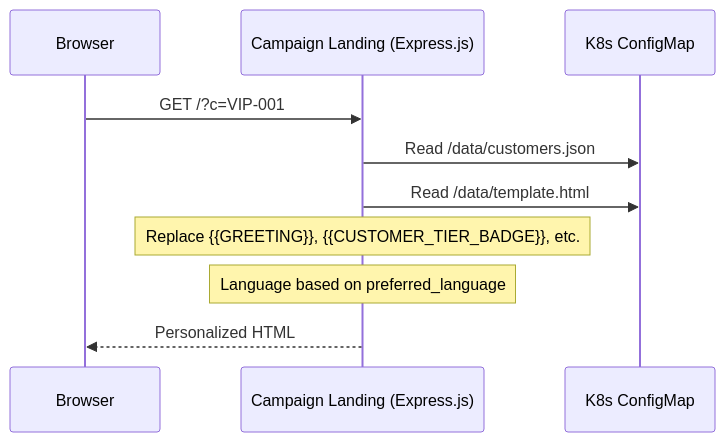
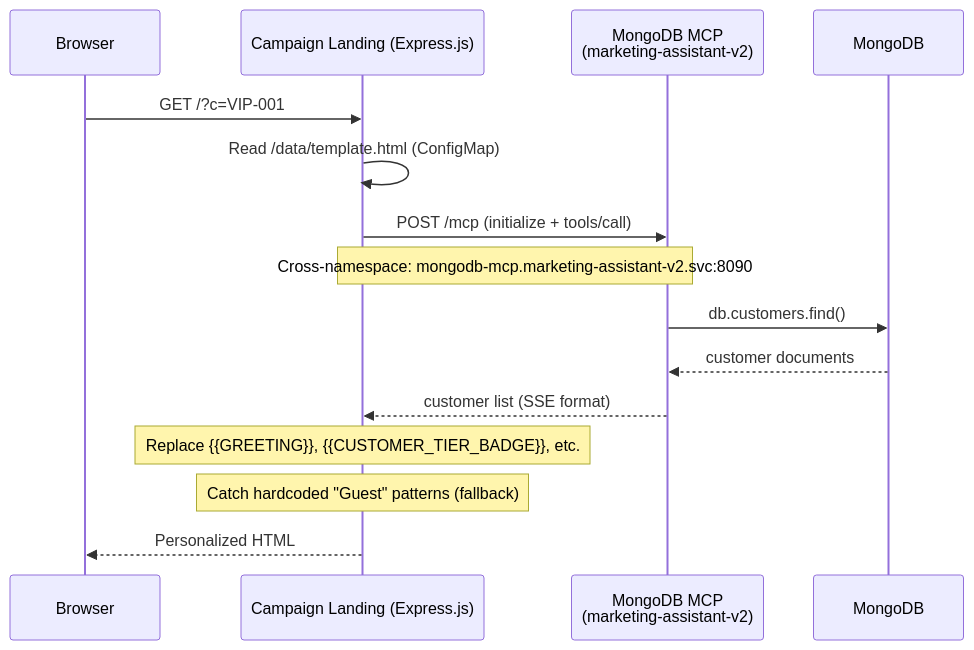
Before and after one commit to gymnatics/Marketing-Assistant-Demo: diagram 17 of 18 in ARCHITECTURE.md, drawn with Mermaid. The commit also changed other lines of this file and 5 other files, not shown here.

````diff
--- a/ARCHITECTURE.md
+++ b/ARCHITECTURE.md
@@ -687,13 +687,18 @@
 ```mermaid
 sequenceDiagram
     participant Browser
     participant ExpressJS as Campaign Landing (Express.js)
-    participant ConfigMap as K8s ConfigMap
+    participant MCP as MongoDB MCP<br/>(marketing-assistant-v2)
+    participant DB as MongoDB
 
     Browser->>ExpressJS: GET /?c=VIP-001
-    ExpressJS->>ConfigMap: Read /data/customers.json
-    ExpressJS->>ConfigMap: Read /data/template.html
+    ExpressJS->>ExpressJS: Read /data/template.html (ConfigMap)
+    ExpressJS->>MCP: POST /mcp (initialize + tools/call)
+    Note over ExpressJS,MCP: Cross-namespace: mongodb-mcp.marketing-assistant-v2.svc:8090
+    MCP->>DB: db.customers.find()
+    DB-->>MCP: customer documents
+    MCP-->>ExpressJS: customer list (SSE format)
     Note over ExpressJS: Replace {{GREETING}}, {{CUSTOMER_TIER_BADGE}}, etc.
-    Note over ExpressJS: Language based on preferred_language
+    Note over ExpressJS: Catch hardcoded "Guest" patterns (fallback)
     ExpressJS-->>Browser: Personalized HTML
 ```
````
